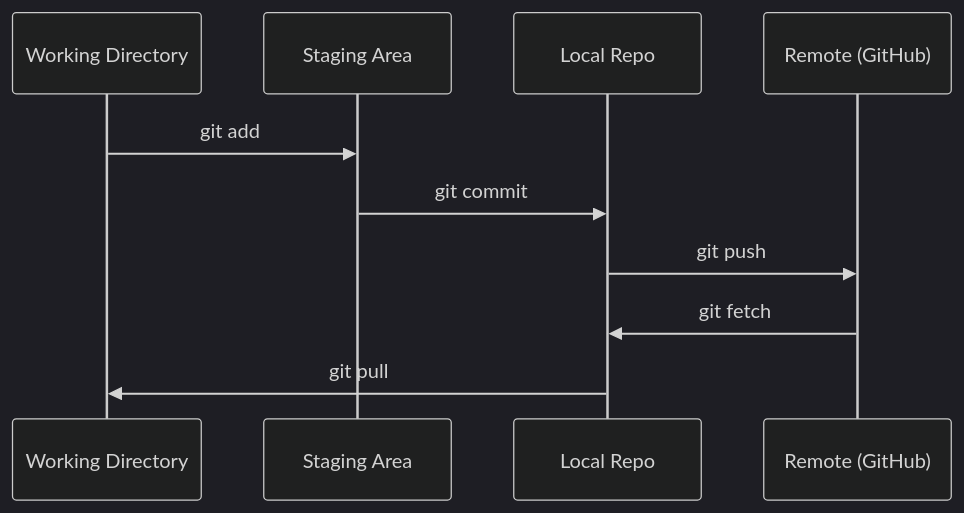
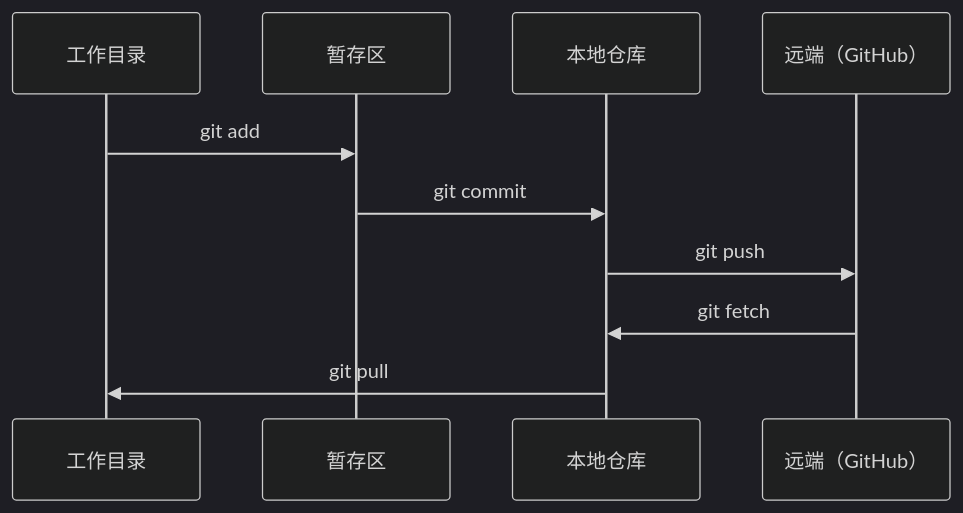
One commit to husky1102/ai-engineering-from-scratch-zh changed the diagram in phases/00-setup-and-tooling/02-git-and-collaboration/docs/zh-CN.md. Above: the diagram before and after it, drawn with Mermaid (dark theme). The commit also changed other lines of this file and 2 other files, not shown here.

Commit message:
fix(phase-00/02): polish git collaboration lesson

````diff
--- a/phases/00-setup-and-tooling/02-git-and-collaboration/docs/zh-CN.md
+++ b/phases/00-setup-and-tooling/02-git-and-collaboration/docs/zh-CN.md
@@ -25,12 +25,12 @@
 ```mermaid
 sequenceDiagram
-    participant WD as Working Directory
-    participant SA as Staging Area
-    participant LR as Local Repo
-    participant R as Remote (GitHub)
+    participant WD as 工作目录
+    participant SA as 暂存区
+    participant LR as 本地仓库
+    participant R as 远端（GitHub）
     WD->>SA: git add
     SA->>LR: git commit
     LR->>R: git push
     R->>LR: git fetch
     LR->>WD: git pull
 ```
````
